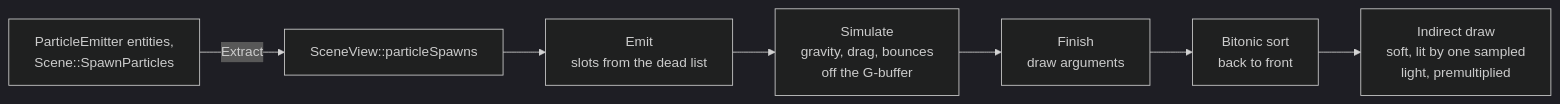
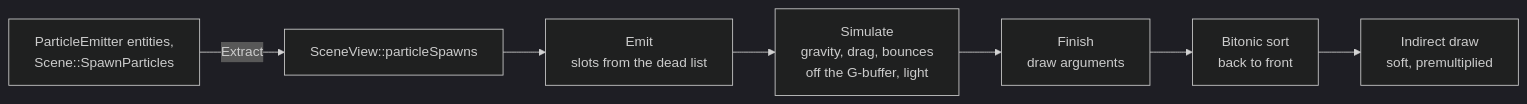
One commit to SBXdev3D/daidalos-engine-next changed diagram 12 of 12 in docs/ARCHITECTURE.md. Above: the diagram before and after it, drawn with Mermaid (dark theme). The commit also changed other lines of this file and 3 other files, not shown here.

````diff
--- a/docs/ARCHITECTURE.md
+++ b/docs/ARCHITECTURE.md
@@ -267,9 +267,9 @@
 ```mermaid
 flowchart LR
     E["ParticleEmitter entities,<br/>Scene::SpawnParticles"] -->|"Extract"| V["SceneView::particleSpawns"]
     V --> EM["Emit<br/>slots from the dead list"]
-    EM --> SI["Simulate<br/>gravity, drag, bounces<br/>off the G-buffer"]
+    EM --> SI["Simulate<br/>gravity, drag, bounces<br/>off the G-buffer, light"]
     SI --> FI["Finish<br/>draw arguments"]
     FI --> SO["Bitonic sort<br/>back to front"]
-    SO --> D["Indirect draw<br/>soft, lit by one sampled<br/>light, premultiplied"]
+    SO --> D["Indirect draw<br/>soft, premultiplied"]
 ```
````
